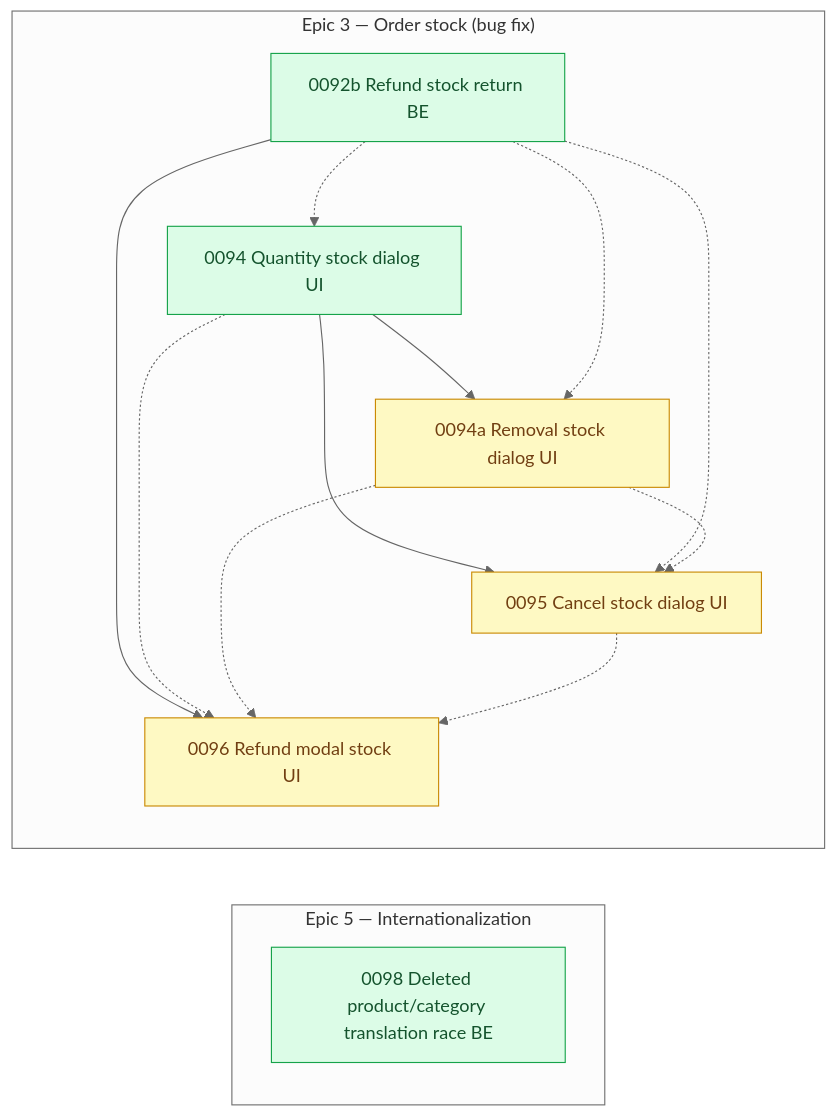
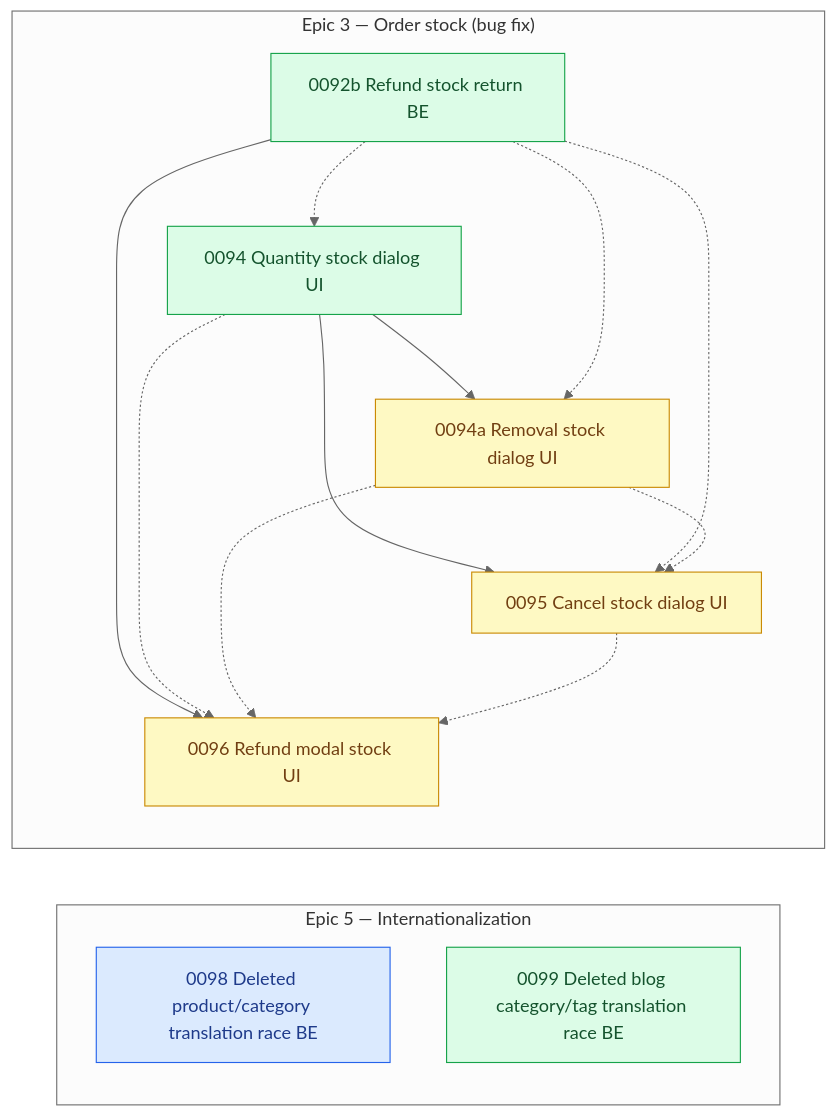
One commit to shojen/AI4Devs-finalproject changed the diagram in arospe/ai-spec/tasks-map.md. Above: the diagram before and after it, drawn with Mermaid (neutral theme). The commit also changed other lines of this file and 3 other files, not shown here.

```diff
--- a/arospe/ai-spec/tasks-map.md
+++ b/arospe/ai-spec/tasks-map.md
@@ -623,6 +626,7 @@
     subgraph PEND_I18N["Epic 5 — Internationalization"]
         direction TB
         P0098["0098 Deleted product/category translation race BE"]
+        P0099["0099 Deleted blog category/tag translation race BE"]
     end
     %% (P0087 closed to done/ 2026-11-13; P0087 --> P0098 dropped, 0098 is now ready.)
 
@@ -720,7 +724,8 @@
     %% (P0084 --> P0085 dropped: 0084 is done; 0085 is done too.)
     %% (P0083 -.-> P0085 and P0083 --> P0086 dropped: 0083 is done; 0086 is now ready.)
 
-    class P0098 ready;
+    class P0098 claimed;
+    class P0099 ready;
     %% (P0078 closed to done/ 2026-11-08; P0076b closed to done/ 2026-11-10 and no node is `claimed`; P0076b --> P0077 and P0076b -.-> P0087 dropped, 0077 is now ready.)
     %% (P0079 closed to done/ 2026-11-12; P0087 -.-> P0079 dropped, no node is `claimed`.)
     %% (P0075 closed to done/ 2026-10-27; P0073 closed to done/ 2026-10-08; no node remains `claimed`.)
```
